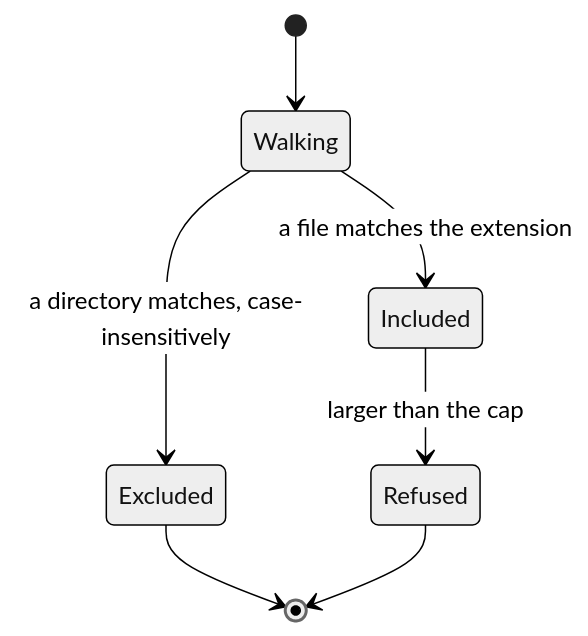
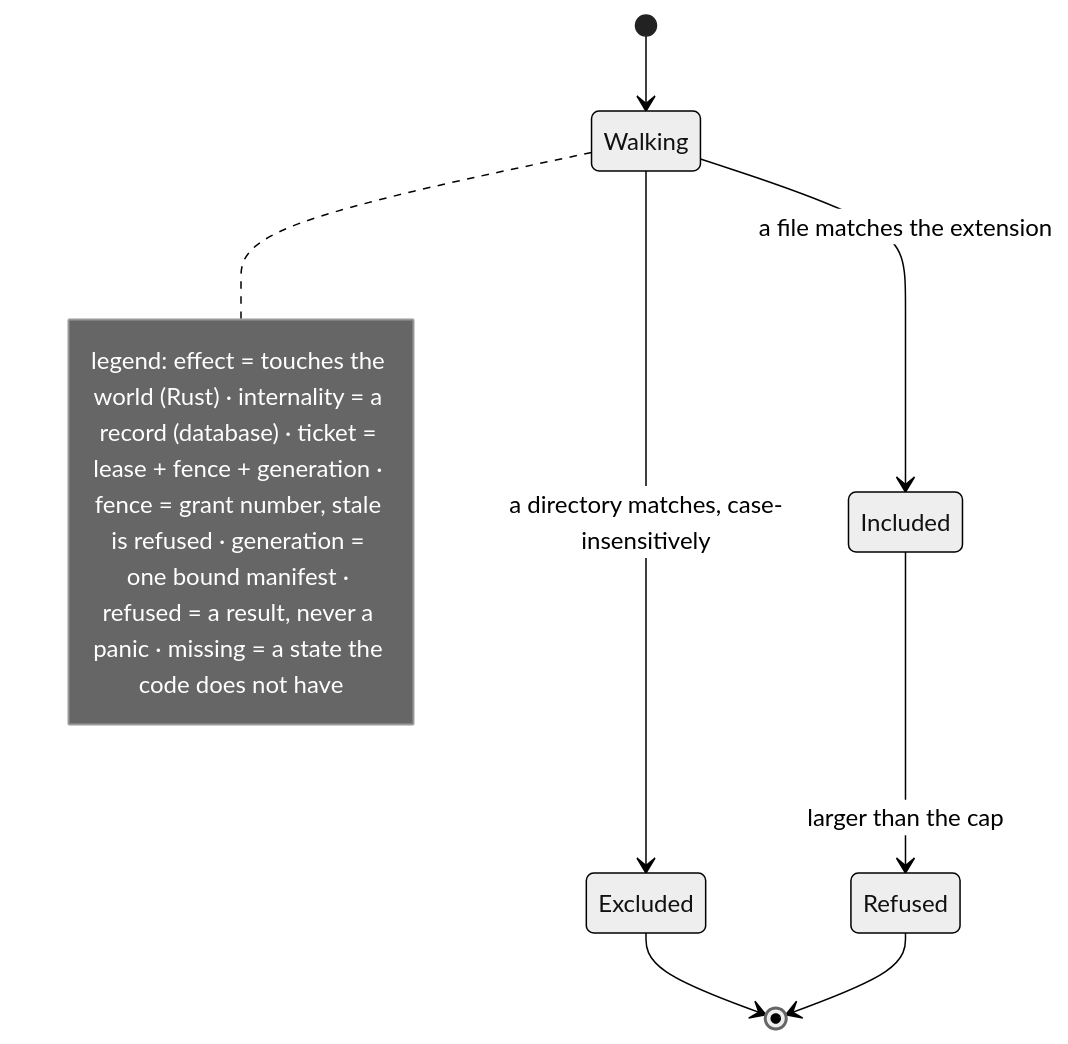
Before and after one commit to MergedBeastAgito/Agito: the third of 4 diagrams in docs/diagram/50-Feed.md, drawn with Mermaid (neutral theme). The commit also changed other lines of this file and 16 other files, not shown here.

First line of the commit message:
refactor(rust): add authority abstraction, seal, and ticket improvements

````diff
--- a/docs/diagram/50-Feed.md
+++ b/docs/diagram/50-Feed.md
@@ -48,9 +53,12 @@
 ```mermaid
 stateDiagram-v2
 	[*] --> Walking
 	Walking --> Excluded: a directory matches, case-insensitively
 	Walking --> Included: a file matches the extension
 	Included --> Refused: larger than the cap
 	Excluded --> [*]
 	Refused --> [*]
+	note right of Walking
+		legend: effect = touches the world (Rust) · internality = a record (database) · ticket = lease + fence + generation · fence = grant number, stale is refused · generation = one bound manifest · refused = a result, never a panic · missing = a state the code does not have
+	end note
 ```
````
